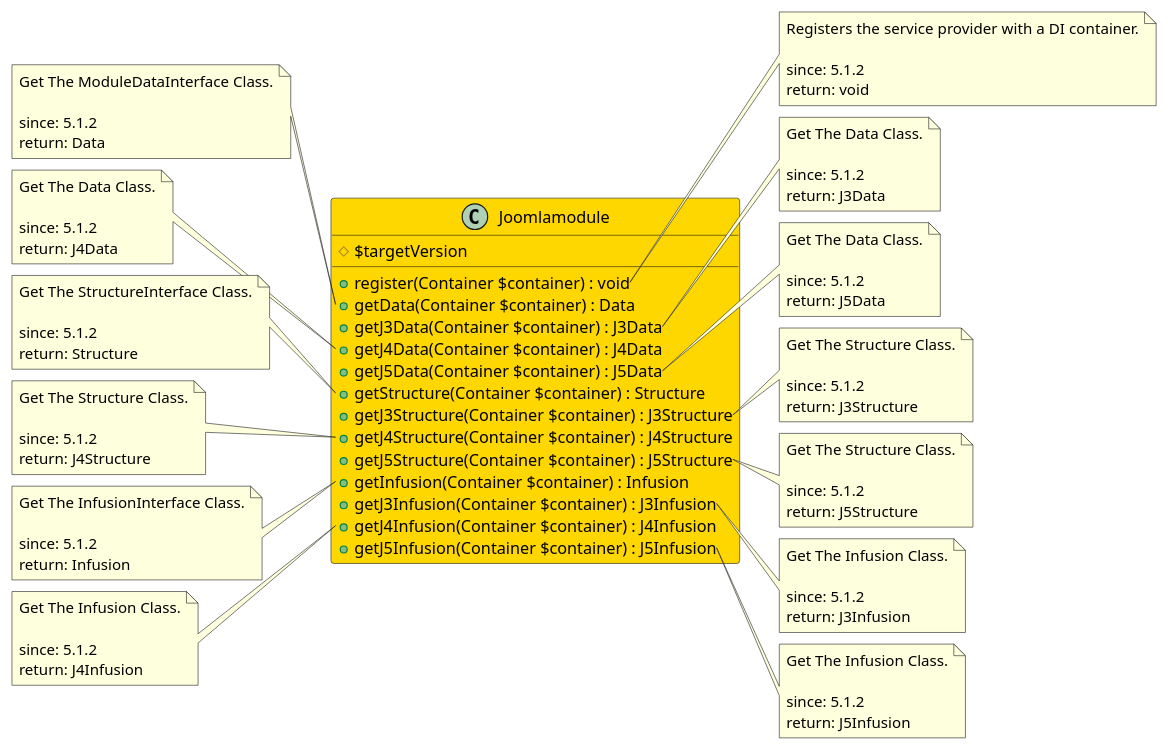
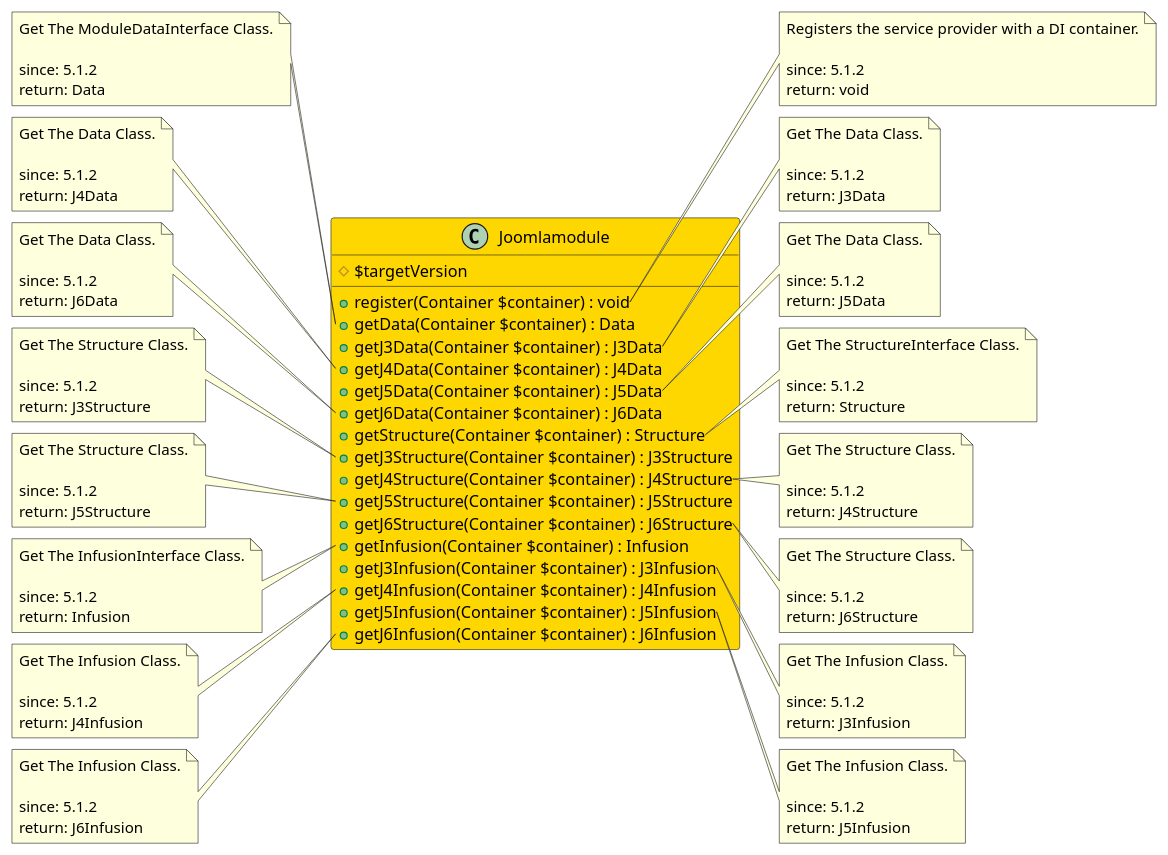
The diagram in src/295186de-5954-4a65-a4c1-2f79ef305743/README.md (joomengine/jcb-compiler), drawn with PlantUML before and after one commit. The commit also changed 77 other files, not shown here.

````diff
--- a/src/295186de-5954-4a65-a4c1-2f79ef305743/README.md
+++ b/src/295186de-5954-4a65-a4c1-2f79ef305743/README.md
@@ -12,14 +12,17 @@
   + getJ3Data(Container $container) : J3Data
   + getJ4Data(Container $container) : J4Data
   + getJ5Data(Container $container) : J5Data
+  + getJ6Data(Container $container) : J6Data
   + getStructure(Container $container) : Structure
   + getJ3Structure(Container $container) : J3Structure
   + getJ4Structure(Container $container) : J4Structure
   + getJ5Structure(Container $container) : J5Structure
+  + getJ6Structure(Container $container) : J6Structure
   + getInfusion(Container $container) : Infusion
   + getJ3Infusion(Container $container) : J3Infusion
   + getJ4Infusion(Container $container) : J4Infusion
   + getJ5Infusion(Container $container) : J5Infusion
+  + getJ6Infusion(Container $container) : J6Infusion
 }
 
 note right of Joomlamodule::register
@@ -57,32 +60,46 @@
   return: J5Data
 end note
 
-note left of Joomlamodule::getStructure
+note left of Joomlamodule::getJ6Data
+  Get The Data Class.
+
+  since: 5.1.2
+  return: J6Data
+end note
+
+note right of Joomlamodule::getStructure
   Get The StructureInterface Class.
 
   since: 5.1.2
   return: Structure
 end note
 
-note right of Joomlamodule::getJ3Structure
+note left of Joomlamodule::getJ3Structure
   Get The Structure Class.
 
   since: 5.1.2
   return: J3Structure
 end note
 
-note left of Joomlamodule::getJ4Structure
+note right of Joomlamodule::getJ4Structure
   Get The Structure Class.
 
   since: 5.1.2
   return: J4Structure
 end note
 
-note right of Joomlamodule::getJ5Structure
+note left of Joomlamodule::getJ5Structure
   Get The Structure Class.
 
   since: 5.1.2
   return: J5Structure
+end note
+
+note right of Joomlamodule::getJ6Structure
+  Get The Structure Class.
+
+  since: 5.1.2
+  return: J6Structure
 end note
 
 note left of Joomlamodule::getInfusion
@@ -113,5 +130,12 @@
   return: J5Infusion
 end note
 
+note left of Joomlamodule::getJ6Infusion
+  Get The Infusion Class.
+
+  since: 5.1.2
+  return: J6Infusion
+end note
+
 @enduml
 ```
````
